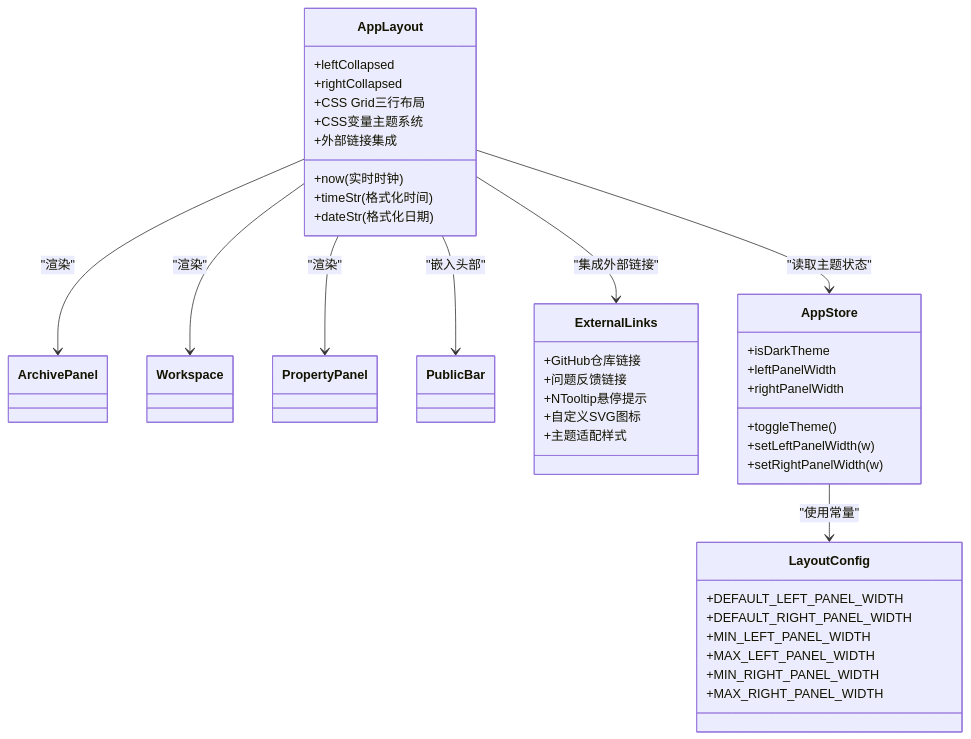
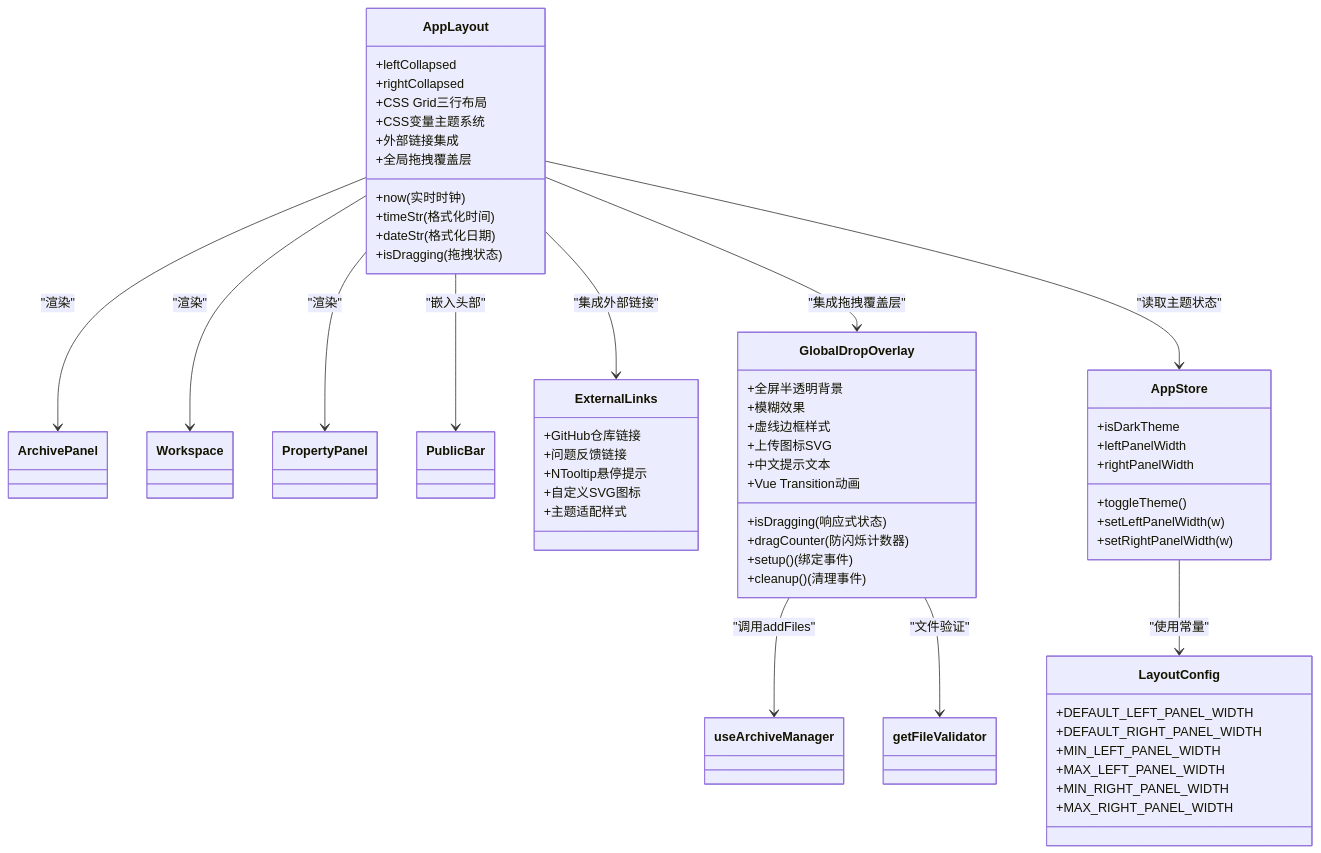
The second of 6 diagrams in .qoder/repowiki/zh/content/用户界面/布局系统.md (taoweidong/Hello-Tauri), drawn with Mermaid before and after one commit. The commit also changed other lines of this file and 72 other files, not shown here.

````diff
--- a/.qoder/repowiki/zh/content/用户界面/布局系统.md
+++ b/.qoder/repowiki/zh/content/用户界面/布局系统.md
@@ -118,47 +134,64 @@
 ```mermaid
 classDiagram
 class AppLayout {
 +leftCollapsed
 +rightCollapsed
 +now (实时时钟)
 +timeStr (格式化时间)
 +dateStr (格式化日期)
++isDragging (拖拽状态)
 +CSS Grid三行布局
 +CSS变量主题系统
 +外部链接集成
++全局拖拽覆盖层
 }
 class ArchivePanel
 class Workspace
 class PropertyPanel
 class PublicBar
 class ExternalLinks {
 +GitHub仓库链接
 +问题反馈链接
 +NTooltip悬停提示
 +自定义SVG图标
 +主题适配样式
+}
+class GlobalDropOverlay {
++isDragging (响应式状态)
++dragCounter (防闪烁计数器)
++setup() (绑定事件)
++cleanup() (清理事件)
++全屏半透明背景
++模糊效果
++虚线边框样式
++上传图标SVG
++中文提示文本
++Vue Transition动画
 }
 class AppStore {
 +isDarkTheme
 +leftPanelWidth
 +rightPanelWidth
 +toggleTheme()
 +setLeftPanelWidth(w)
 +setRightPanelWidth(w)
 }
 class LayoutConfig {
 +DEFAULT_LEFT_PANEL_WIDTH
 +DEFAULT_RIGHT_PANEL_WIDTH
 +MIN_LEFT_PANEL_WIDTH
 +MAX_LEFT_PANEL_WIDTH
 +MIN_RIGHT_PANEL_WIDTH
 +MAX_RIGHT_PANEL_WIDTH
 }
 AppLayout --> ArchivePanel : "渲染"
 AppLayout --> Workspace : "渲染"
 AppLayout --> PropertyPanel : "渲染"
 AppLayout --> PublicBar : "嵌入头部"
 AppLayout --> ExternalLinks : "集成外部链接"
+AppLayout --> GlobalDropOverlay : "集成拖拽覆盖层"
 AppLayout --> AppStore : "读取主题状态"
 AppStore --> LayoutConfig : "使用常量"
+GlobalDropOverlay --> useArchiveManager : "调用addFiles"
+GlobalDropOverlay --> getFileValidator : "文件验证"
 ```
````
